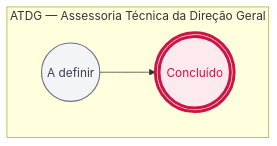
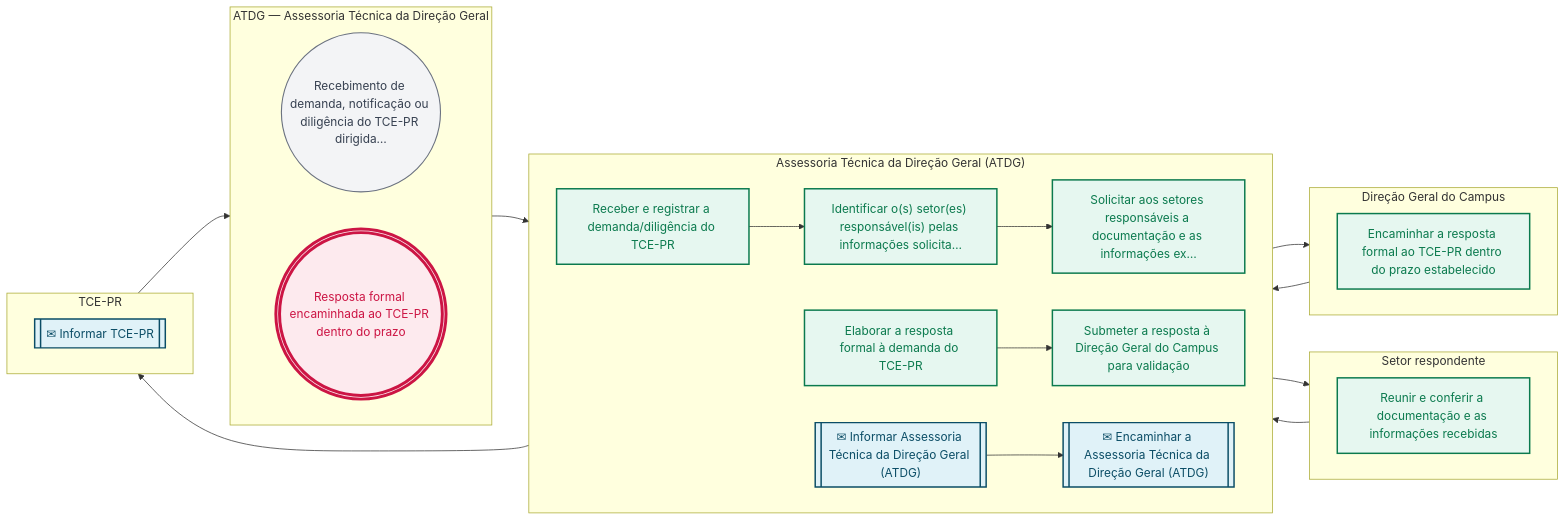
Before and after one commit to jessefers/canvas-vivo-atdg: the second of 2 diagrams in pops/CTR/CTR-01.md, drawn with Mermaid. The commit also changed other lines of this file and 61 other files, not shown here.

````diff
--- a/pops/CTR/CTR-01.md
+++ b/pops/CTR/CTR-01.md
@@ -113,17 +153,51 @@
 ```mermaid
 flowchart LR
   subgraph R1["ATDG — Assessoria Técnica da Direção Geral"]
     direction LR
-    e1(("A definir"))
-    e2((("Concluído")))
+    e1(("Recebimento de demanda, notificação ou diligência do TCE-PR dirigida…"))
+    e12((("Resposta formal encaminhada ao TCE-PR dentro do prazo")))
+  end
+  subgraph R2["Assessoria Técnica da Direção Geral (ATDG)"]
+    direction LR
+    e2["Receber e registrar a demanda/diligência do TCE-PR"]
+    e3["Identificar o(s) setor(es) responsável(is) pelas informações solicita…"]
+    e4["Solicitar aos setores responsáveis a documentação e as informações ex…"]
+    e6["Elaborar a resposta formal à demanda do TCE-PR"]
+    e7["Submeter a resposta à Direção Geral do Campus para validação"]
+    e9[["✉ Informar Assessoria Técnica da Direção Geral (ATDG)"]]
+    e10[["✉ Encaminhar a Assessoria Técnica da Direção Geral (ATDG)"]]
+  end
+  subgraph R3["Setor respondente"]
+    direction LR
+    e5["Reunir e conferir a documentação e as informações recebidas"]
+  end
+  subgraph R4["Direção Geral do Campus"]
+    direction LR
+    e8["Encaminhar a resposta formal ao TCE-PR dentro do prazo estabelecido"]
+  end
+  subgraph R5["TCE-PR"]
+    direction LR
+    e11[["✉ Informar TCE-PR"]]
   end
   e1 --> e2
+  e2 --> e3
+  e3 --> e4
+  e4 --> e5
+  e5 --> e6
+  e6 --> e7
+  e7 --> e8
+  e8 --> e9
+  e9 --> e10
+  e10 --> e11
+  e11 --> e12
   classDef inicio fill:#f3f4f6,stroke:#6b7280,stroke-width:1.5px,color:#374151
   classDef atividade fill:#E6F7F0,stroke:#0B7A4E,stroke-width:2px,color:#0B7A4E
   classDef decisao fill:#FFF4ED,stroke:#C9783A,stroke-width:2px,color:#C9783A
   classDef fim fill:#FDEAEE,stroke:#CC1544,stroke-width:4px,color:#CC1544
   classDef pausa fill:#FDEAEE,stroke:#CC1544,stroke-width:2px,color:#CC1544
   classDef captura fill:#E0F2F8,stroke:#0B4D66,stroke-width:2px,color:#0B4D66
   class e1 inicio
-  class e2 fim
+  class e2,e3,e4,e5,e6,e7,e8 atividade
+  class e9,e10,e11 captura
+  class e12 fim
 ```
````
